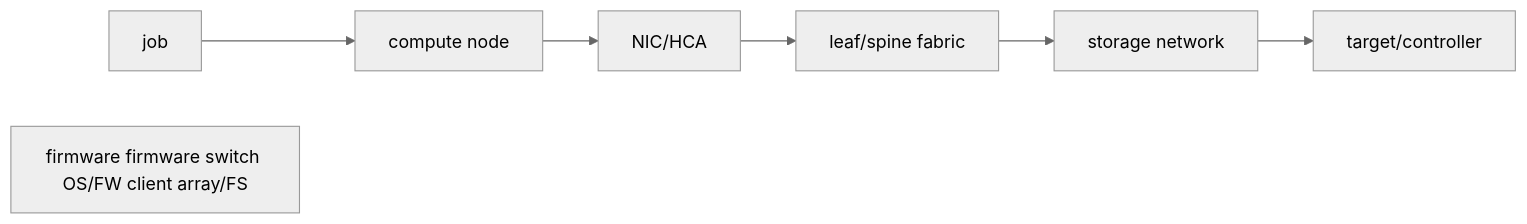
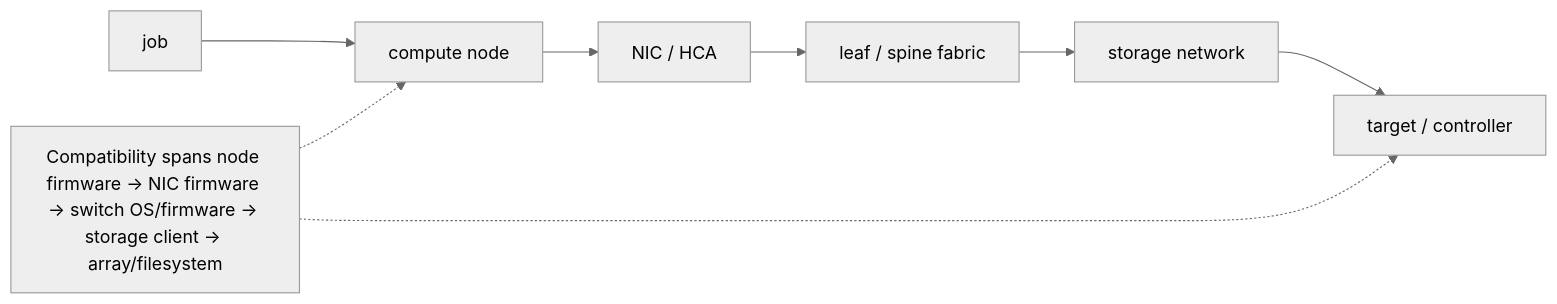
The diagram in docs/volume-10/16-senior-deep-dive-4-coordinated-firmware-driver-os-rollout-across-compute-network-storage.md (jithinpnjm/nvidia-devops), drawn with Mermaid (neutral theme) before and after one commit. The commit also changed other lines of this file and 99 other files, not shown here.

````diff
--- a/docs/volume-10/16-senior-deep-dive-4-coordinated-firmware-driver-os-rollout-across-compute-network-storage.md
+++ b/docs/volume-10/16-senior-deep-dive-4-coordinated-firmware-driver-os-rollout-across-compute-network-storage.md
@@ -15,16 +15,7 @@
 ```mermaid
 flowchart LR
-  %% Converted from the original ASCII diagram; source wording is preserved.
-  n0["job"]
-  n1["compute node"]
-  n2["NIC/HCA"]
-  n3["leaf/spine fabric"]
-  n4["storage network"]
-  n5["target/controller"]
-  n6["firmware firmware switch OS/FW client array/FS"]
-  n0 --> n1
-  n1 --> n2
-  n2 --> n3
-  n3 --> n4
-  n4 --> n5
+  Job["job"] --> Compute["compute node"] --> NIC["NIC / HCA"] --> Fabric["leaf / spine fabric"]
+  Fabric --> StorageNet["storage network"] --> Target["target / controller"]
+  Compatibility["Compatibility spans node firmware → NIC firmware → switch OS/firmware → storage client → array/filesystem"] -.-> Compute
+  Compatibility -.-> Target
 ```
````
